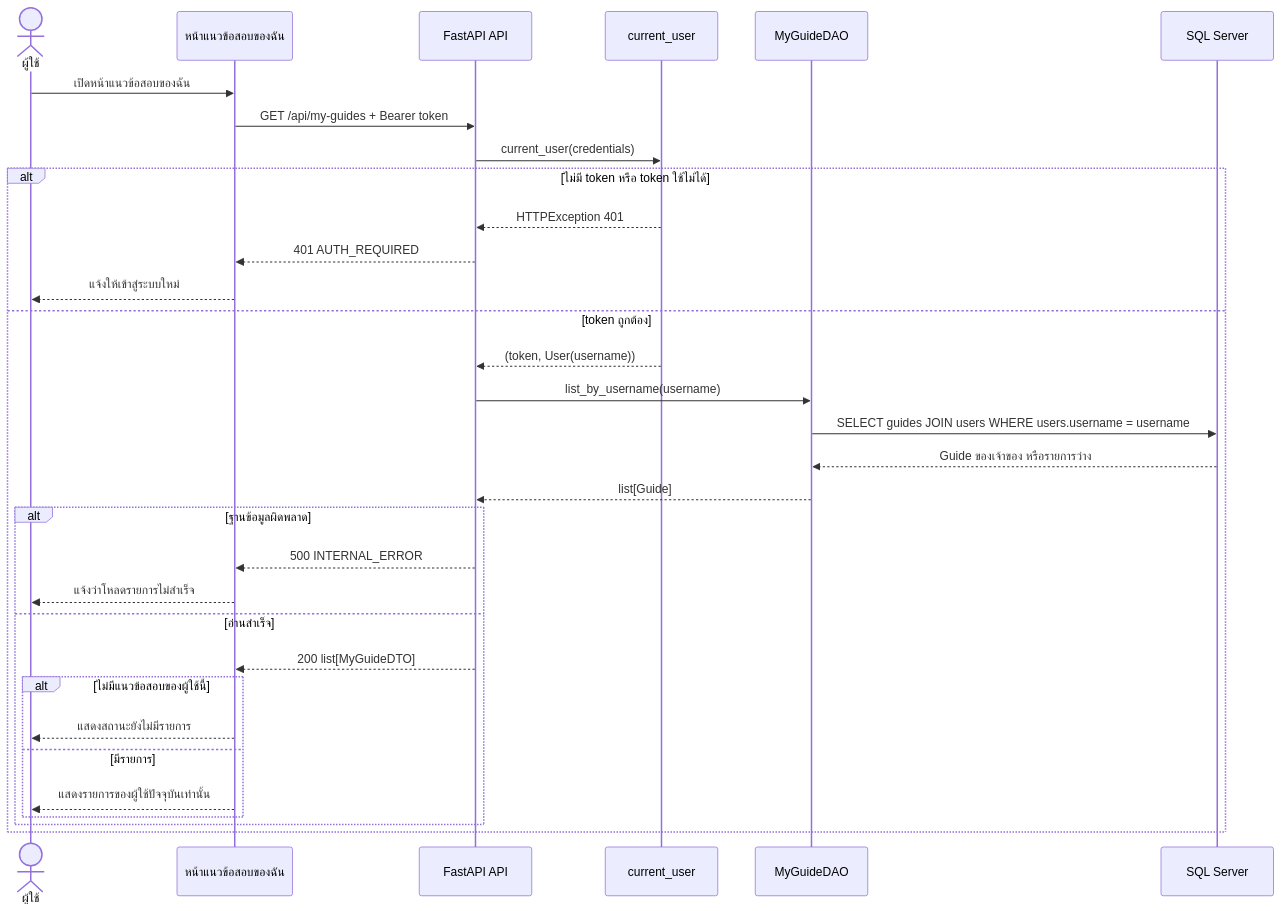
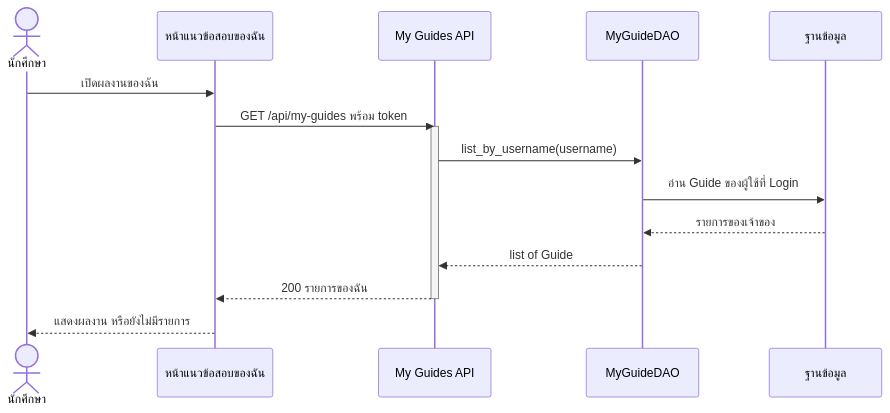
Before and after one commit to Lilieay/CS261-Group4-Project: the first of 3 diagrams in docs/U5/design/task66-my-guides-management-sequence-diagram.md, drawn with Mermaid. The commit also changed other lines of this file and 11 other files, not shown here.

Commit message:
docs: align sprint1 diagrams and data models with implementation

````diff
--- a/docs/U5/design/task66-my-guides-management-sequence-diagram.md
+++ b/docs/U5/design/task66-my-guides-management-sequence-diagram.md
@@ -9,35 +11,18 @@
 ```mermaid
 sequenceDiagram
-    actor User as ผู้ใช้
+    actor Student as นักศึกษา
     participant UI as หน้าแนวข้อสอบของฉัน
-    participant API as FastAPI API
-    participant Auth as current_user
+    participant API as My Guides API
     participant DAO as MyGuideDAO
-    participant DB as SQL Server
-
-    User->>UI: เปิดหน้าแนวข้อสอบของฉัน
-    UI->>API: GET /api/my-guides + Bearer token
-    API->>Auth: current_user(credentials)
-    alt ไม่มี token หรือ token ใช้ไม่ได้
-        Auth-->>API: HTTPException 401
-        API-->>UI: 401 AUTH_REQUIRED
-        UI-->>User: แจ้งให้เข้าสู่ระบบใหม่
-    else token ถูกต้อง
-        Auth-->>API: (token, User(username))
-        API->>DAO: list_by_username(username)
-        DAO->>DB: SELECT guides JOIN users WHERE users.username = username
-        DB-->>DAO: Guide ของเจ้าของ หรือรายการว่าง
-        DAO-->>API: list[Guide]
-        alt ฐานข้อมูลผิดพลาด
-            API-->>UI: 500 INTERNAL_ERROR
-            UI-->>User: แจ้งว่าโหลดรายการไม่สำเร็จ
-        else อ่านสำเร็จ
-            API-->>UI: 200 list[MyGuideDTO]
-            alt ไม่มีแนวข้อสอบของผู้ใช้นี้
-                UI-->>User: แสดงสถานะยังไม่มีรายการ
-            else มีรายการ
-                UI-->>User: แสดงรายการของผู้ใช้ปัจจุบันเท่านั้น
-            end
-        end
-    end
+    participant DB as ฐานข้อมูล
+    Student->>UI: เปิดผลงานของฉัน
+    UI->>API: GET /api/my-guides พร้อม token
+    activate API
+    API->>DAO: list_by_username(username)
+    DAO->>DB: อ่าน Guide ของผู้ใช้ที่ Login
+    DB-->>DAO: รายการของเจ้าของ
+    DAO-->>API: list of Guide
+    API-->>UI: 200 รายการของฉัน
+    deactivate API
+    UI-->>Student: แสดงผลงาน หรือยังไม่มีรายการ
 ```
````
